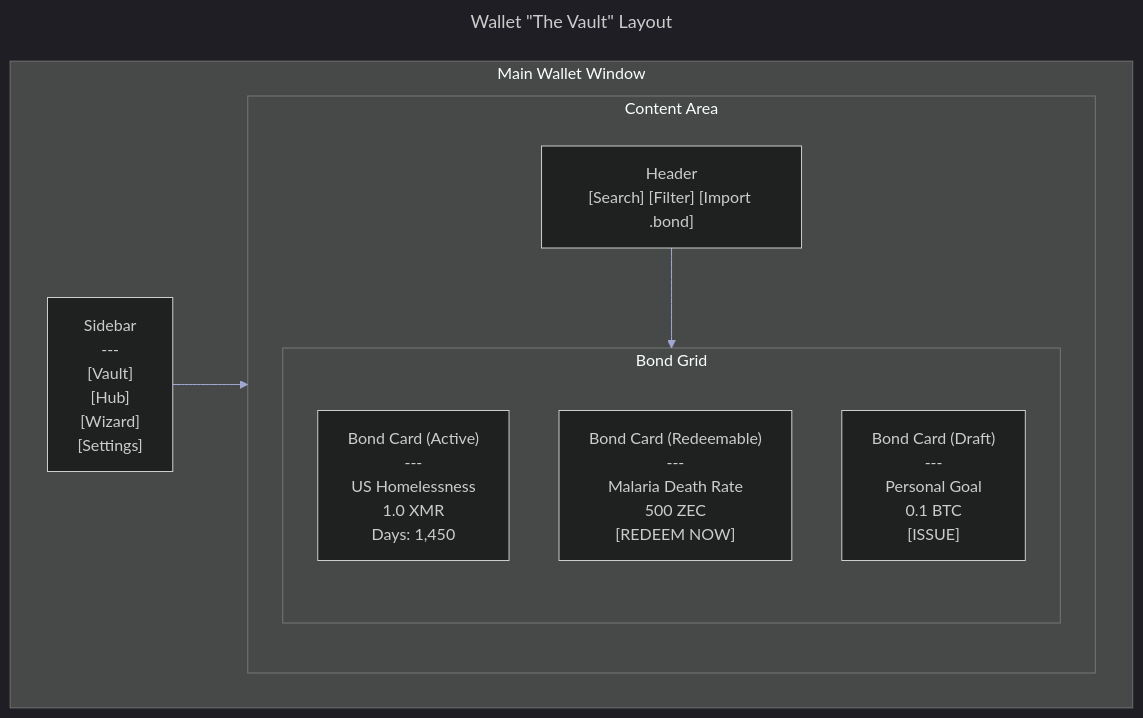
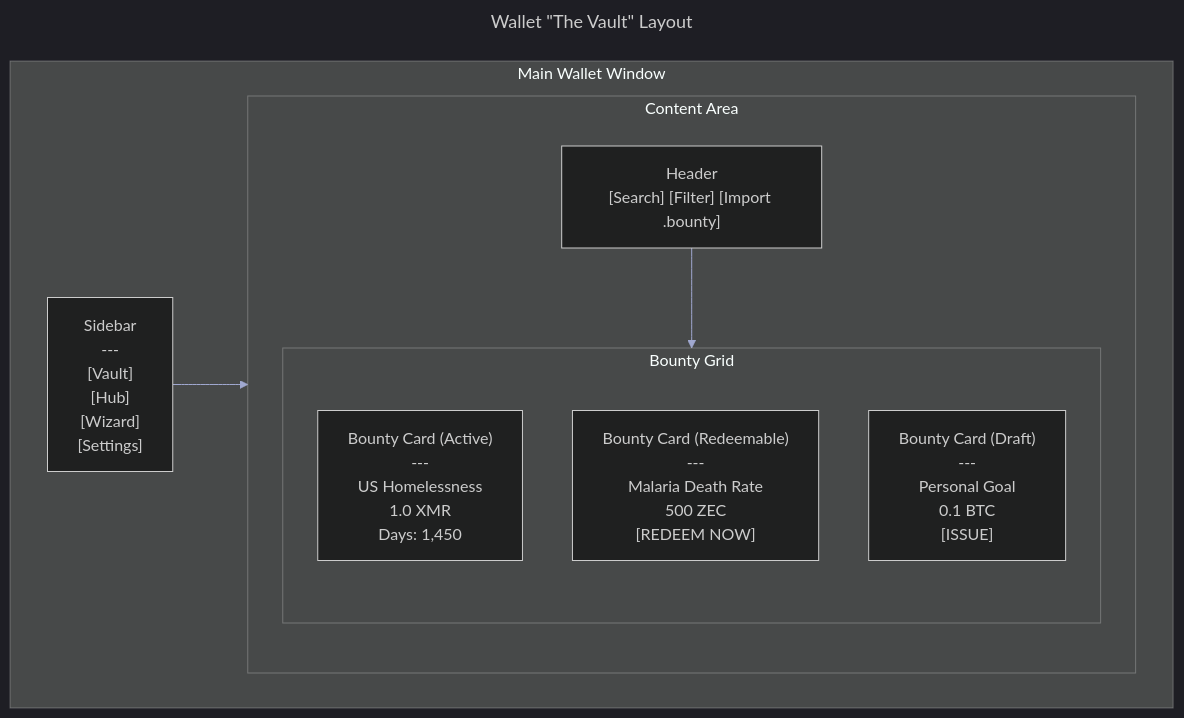
Before and after one commit to archerships/nyxforge: the diagram in docs/storyboards/archive/ui-vault-layout.mmd, drawn with Mermaid. The commit also changed 86 other files, not shown here.

First line of the commit message:
rename: bond -> bounty across code and docs

```diff
--- a/docs/storyboards/archive/ui-vault-layout.mmd
+++ b/docs/storyboards/archive/ui-vault-layout.mmd
@@ -1,21 +1,21 @@
 ---
 title: Wallet "The Vault" Layout
 ---
 %%{init: {"fontSize": 18, "theme": "dark", "themeVariables": {"primaryColor": "#1e2030", "primaryTextColor": "#ffffff", "primaryBorderColor": "#5e6ad2", "lineColor": "#a0a8d0", "secondaryColor": "#2a2d3e", "tertiaryColor": "#131421"}}}%%
 graph TD
     subgraph UI["Main Wallet Window"]
         SIDE["Sidebar\n---\n[Vault]\n[Hub]\n[Wizard]\n[Settings]"]
         
         subgraph CONTENT["Content Area"]
-            HEADER["Header\n[Search] [Filter] [Import .bond]"]
+            HEADER["Header\n[Search] [Filter] [Import .bounty]"]
             
-            subgraph GRID["Bond Grid"]
-                CARD1["Bond Card (Active)\n---\nUS Homelessness\n1.0 XMR\nDays: 1,450"]
-                CARD2["Bond Card (Redeemable)\n---\nMalaria Death Rate\n500 ZEC\n[REDEEM NOW]"]
-                CARD3["Bond Card (Draft)\n---\nPersonal Goal\n0.1 BTC\n[ISSUE]"]
+            subgraph GRID["Bounty Grid"]
+                CARD1["Bounty Card (Active)\n---\nUS Homelessness\n1.0 XMR\nDays: 1,450"]
+                CARD2["Bounty Card (Redeemable)\n---\nMalaria Death Rate\n500 ZEC\n[REDEEM NOW]"]
+                CARD3["Bounty Card (Draft)\n---\nPersonal Goal\n0.1 BTC\n[ISSUE]"]
             end
         end
     end
     
     SIDE --> CONTENT
     HEADER --> GRID
```
